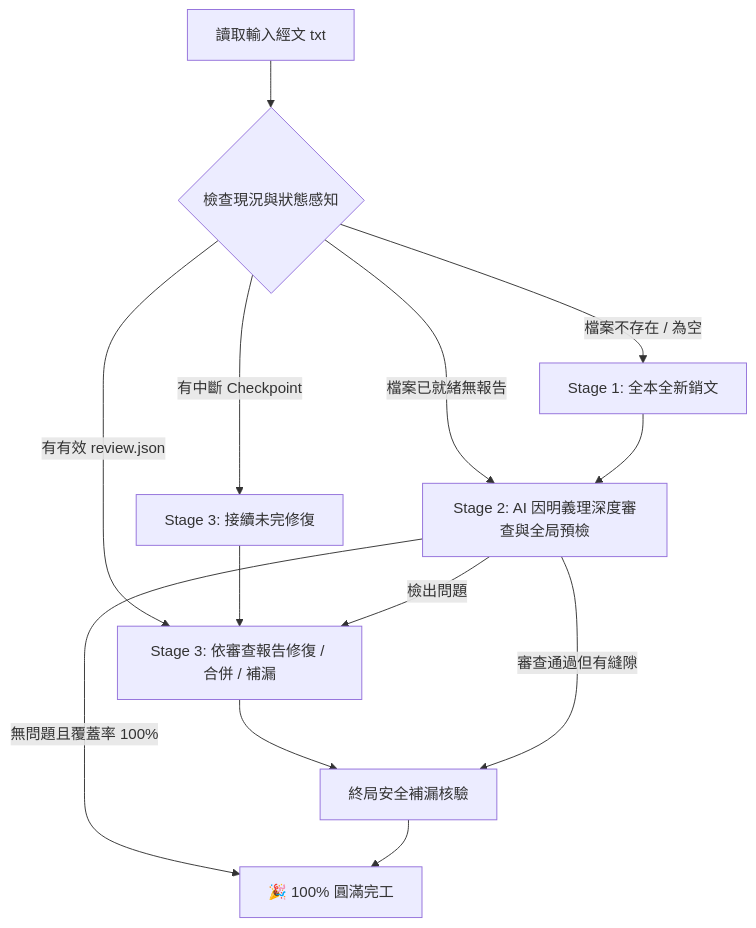
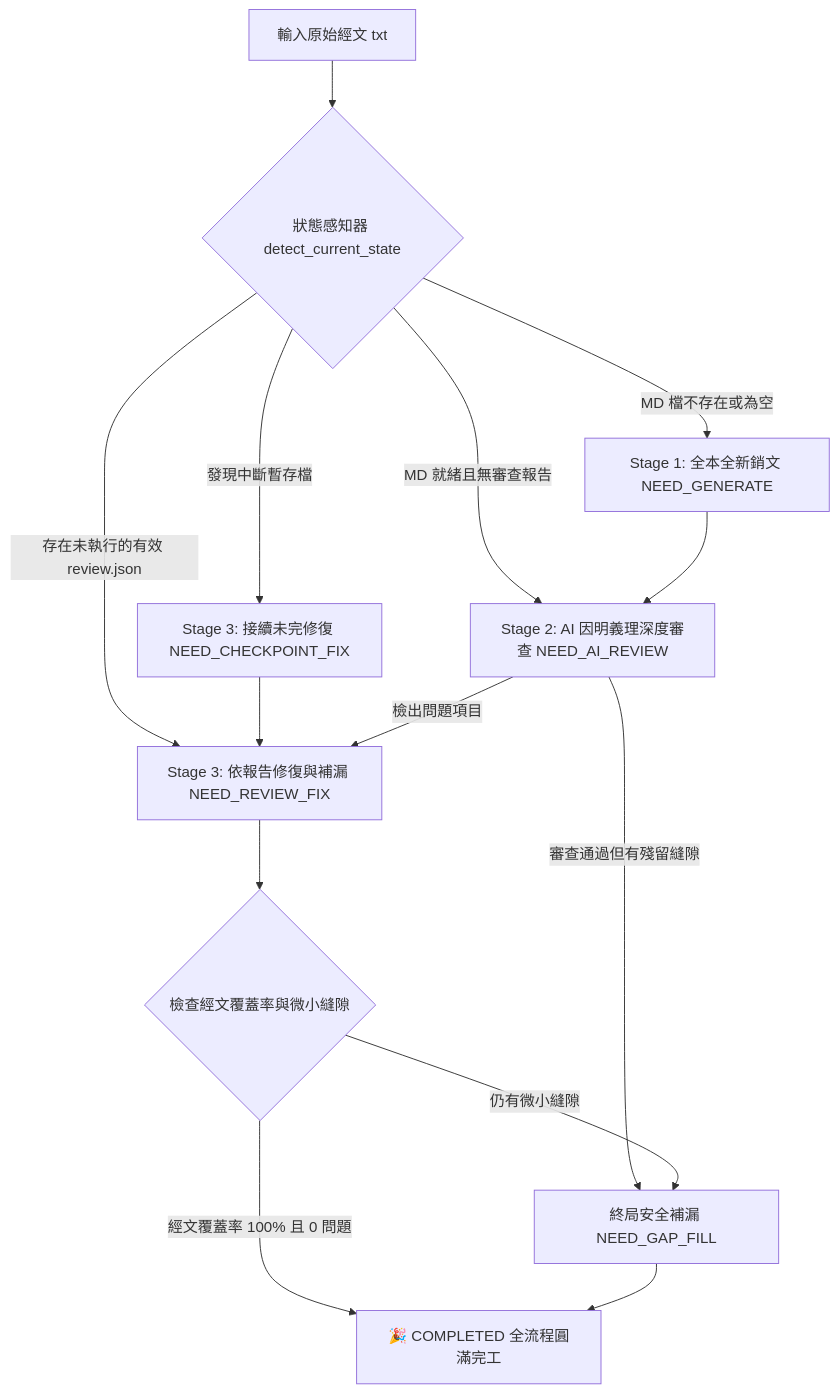
The diagram in README.md (UncleHandsome/sutra-ai), drawn with Mermaid before and after one commit. The commit also changed other lines of this file and 1 other file, not shown here.

````diff
--- a/README.md
+++ b/README.md
@@ -86,15 +111,16 @@
 ```mermaid
 graph TD
-    A[讀取輸入經文 txt] --> B{檢查現況與狀態感知}
-    B -->|檔案不存在 / 為空| C[Stage 1: 全本全新銷文]
-    B -->|有中斷 Checkpoint| D[Stage 3: 接續未完修復]
-    B -->|有有效 review.json| G[Stage 3: 依審查報告修復 / 合併 / 補漏]
-    B -->|檔案已就緒無報告| F[Stage 2: AI 因明義理深度審查與全局預檢]
+    A[輸入原始經文 txt] --> B{狀態感知器 detect_current_state}
+    B -->|MD 檔不存在或為空| C[Stage 1: 全本全新銷文 NEED_GENERATE]
+    B -->|發現中斷暫存檔| D[Stage 3: 接續未完修復 NEED_CHECKPOINT_FIX]
+    B -->|存在未執行的有效 review.json| E[Stage 3: 依報告修復與補漏 NEED_REVIEW_FIX]
+    B -->|MD 就緒且無審查報告| F[Stage 2: AI 因明義理深度審查 NEED_AI_REVIEW]
     C --> F
-    D --> G
-    F -->|檢出問題| G
-    G --> H[終局安全補漏核驗]
-    F -->|審查通過但有縫隙| H
-    F -->|無問題且覆蓋率 100%| I[🎉 100% 圓滿完工]
+    D --> E
+    F -->|檢出問題項目| E
+    E --> G{檢查經文覆蓋率與微小縫隙}
+    F -->|審查通過但有殘留縫隙| H[終局安全補漏 NEED_GAP_FILL]
+    G -->|經文覆蓋率 100% 且 0 問題| I[🎉 COMPLETED 全流程圓滿完工]
+    G -->|仍有微小縫隙| H
     H --> I
 ```
````
